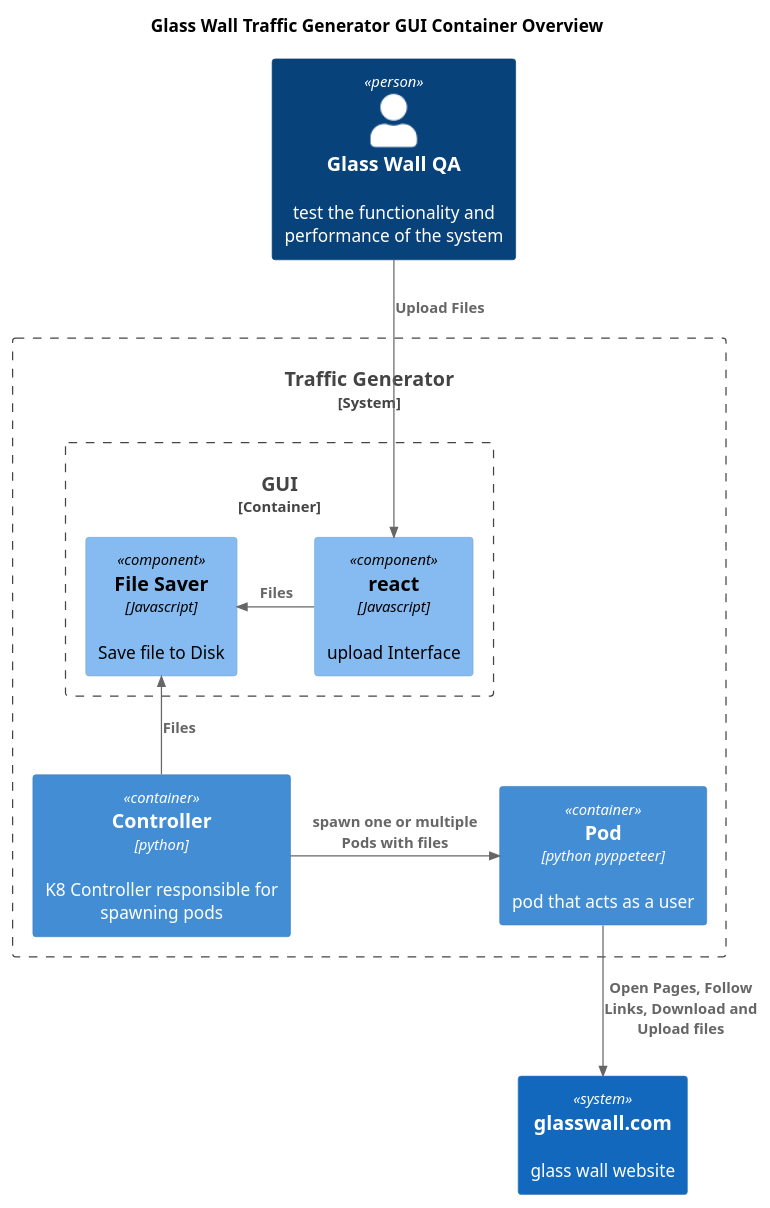
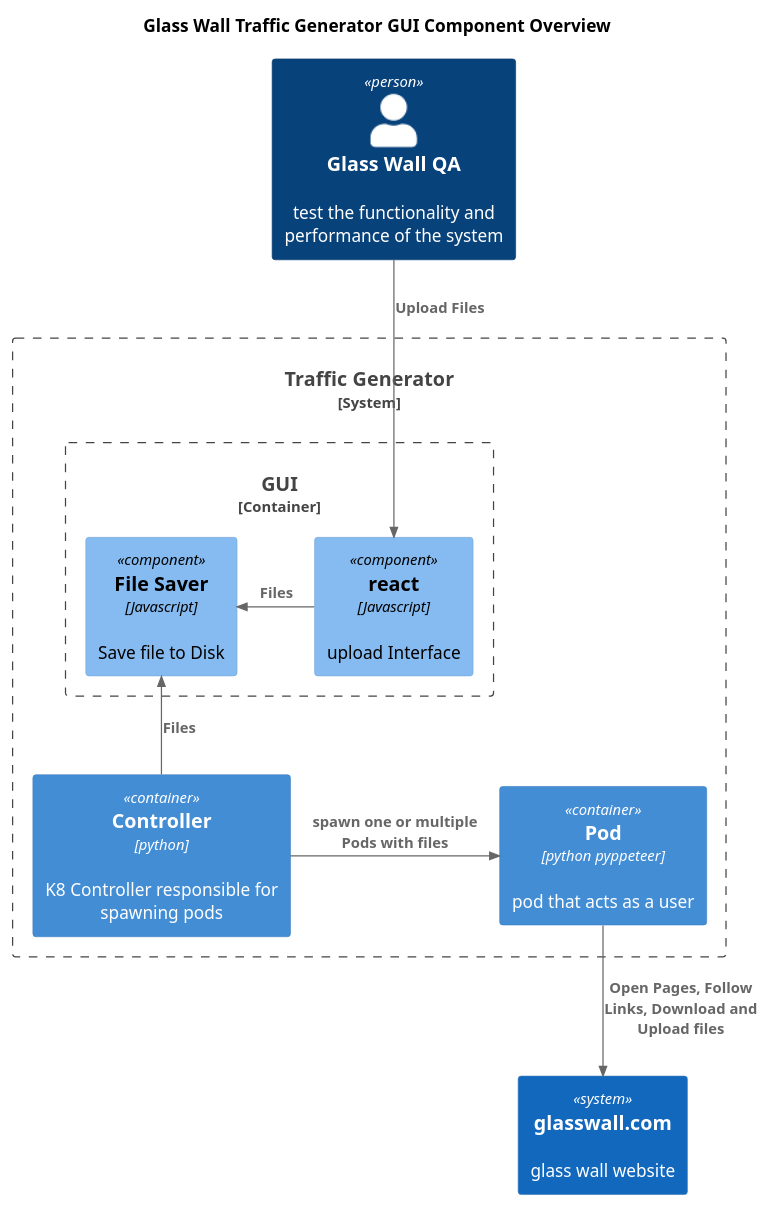
One commit to pranaysahith/k8-traffic-generator changed the diagram in upwork-devs/a-khaledf/gui_component.puml. Above: the diagram before and after it, drawn with PlantUML. The commit also changed 3 other files, not shown here.

```diff
--- a/upwork-devs/a-khaledf/gui_component.puml
+++ b/upwork-devs/a-khaledf/gui_component.puml
@@ -1,26 +1,26 @@
 @startuml
 !include <c4/C4_Component.puml>  
 
-title Glass Wall Traffic Generator GUI Container Overview
+title Glass Wall Traffic Generator GUI Component Overview
 
 Person(tester, "Glass Wall QA", "test the functionality and performance of the system")
 
 System_Boundary(c0, "Traffic Generator") {
     Container(user_pod, Pod, "python pyppeteer", "pod that acts as a user")
     Container(controller, Controller, "python", "K8 Controller responsible for spawning pods")
 
     Container_Boundary(c1, "GUI") {
         Component(react_component, "react", "Javascript", "upload Interface")
         Component(file_saver, "File Saver", "Javascript", "Save file to Disk")
     }
 }
 
 System(website, "glasswall.com", "glass wall website")
 
 Rel(tester, react_component, "Upload Files")
 Rel_Left(react_component, file_saver, "Files")
 Rel_Up(controller, file_saver, "Files")
 Rel_Right(controller, user_pod, "spawn one or multiple Pods with files")
 Rel(user_pod, website, "Open Pages, Follow Links, Download and Upload files")
 
 @enduml
```
